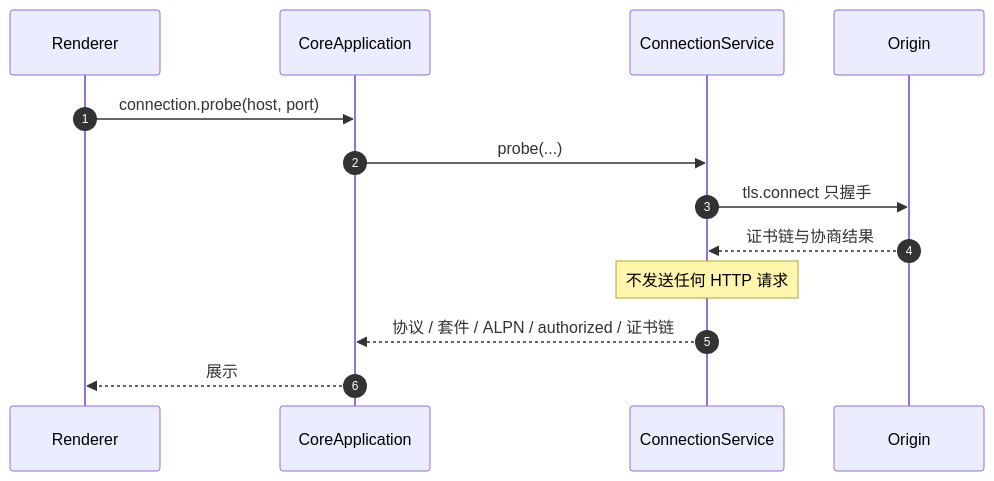
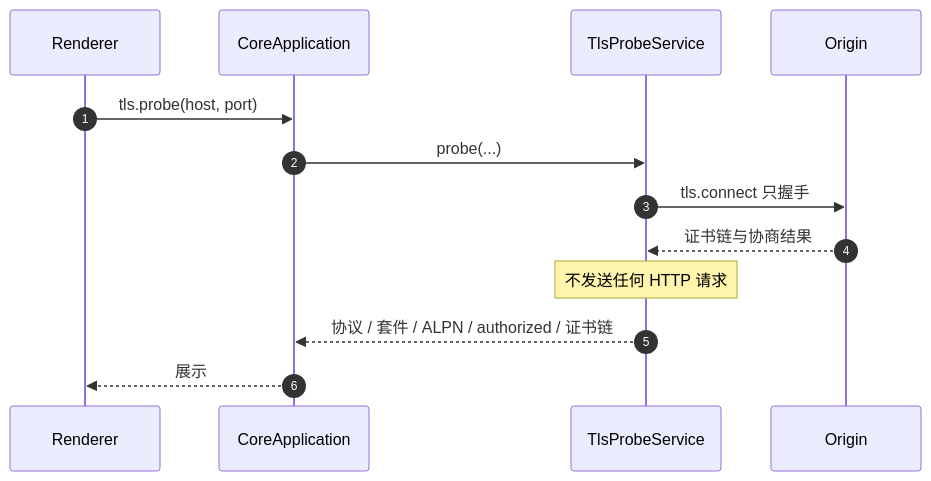
Before and after one commit to zhxmt-xm/Interceptor: the second of 3 diagrams in architecture/feature-composer.md, drawn with Mermaid. The commit also changed other lines of this file and 237 other files, not shown here.

````diff
--- a/architecture/feature-composer.md
+++ b/architecture/feature-composer.md
@@ -66,16 +66,16 @@
 ```mermaid
 sequenceDiagram
     autonumber
     participant UI as Renderer
     participant App as CoreApplication
-    participant Svc as ConnectionService
+    participant Svc as TlsProbeService
     participant Origin
 
-    UI->>App: connection.probe(host, port)
+    UI->>App: tls.probe(host, port)
     App->>Svc: probe(...)
     Svc->>Origin: tls.connect 只握手
     Origin-->>Svc: 证书链与协商结果
     Note over Svc: 不发送任何 HTTP 请求
     Svc-->>App: 协议 / 套件 / ALPN / authorized / 证书链
     App-->>UI: 展示
 ```
````
